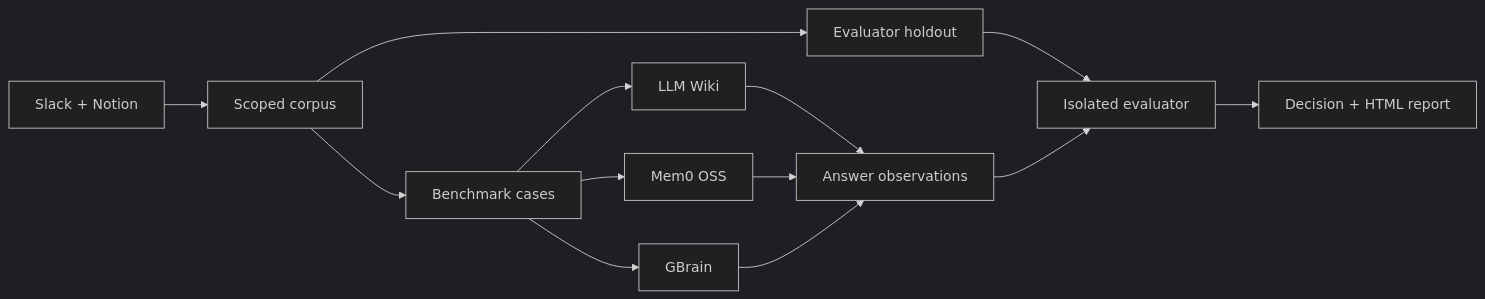
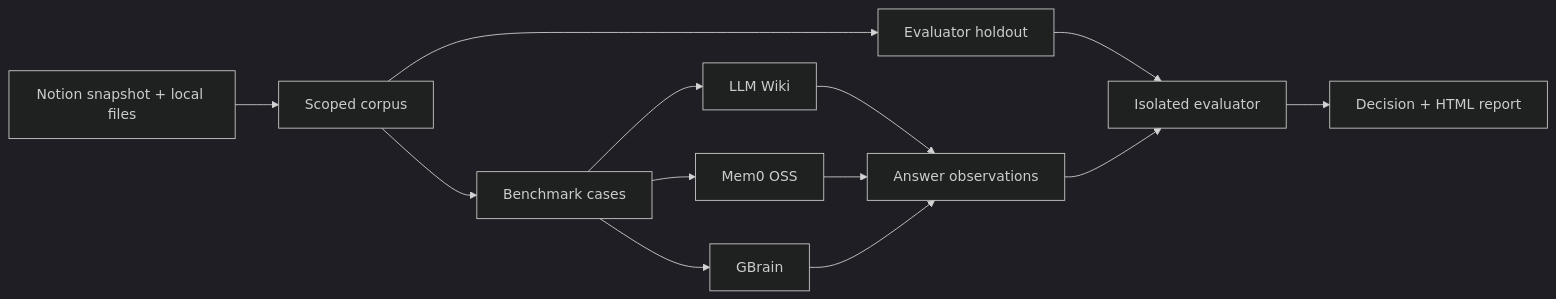
The second of 3 diagrams in README.md (runbear-io/AutoBrain), drawn with Mermaid (dark theme) before and after one commit. The commit also changed other lines of this file and 2 other files, not shown here.

First line of the commit message:
docs: add README journey diagram and hero asset

````diff
--- a/README.md
+++ b/README.md
@@ -296,15 +310,15 @@
 ```mermaid
 flowchart LR
-    A[Slack + Notion] --> B[Scoped corpus]
+    A["Notion snapshot + local files"] --> B[Scoped corpus]
     B --> C[Benchmark cases]
     B --> D[Evaluator holdout]
     C --> E[LLM Wiki]
     C --> F[Mem0 OSS]
     C --> G[GBrain]
     E --> H[Answer observations]
     F --> H
     G --> H
     D --> I[Isolated evaluator]
     H --> I
     I --> J[Decision + HTML report]
 ```
````
